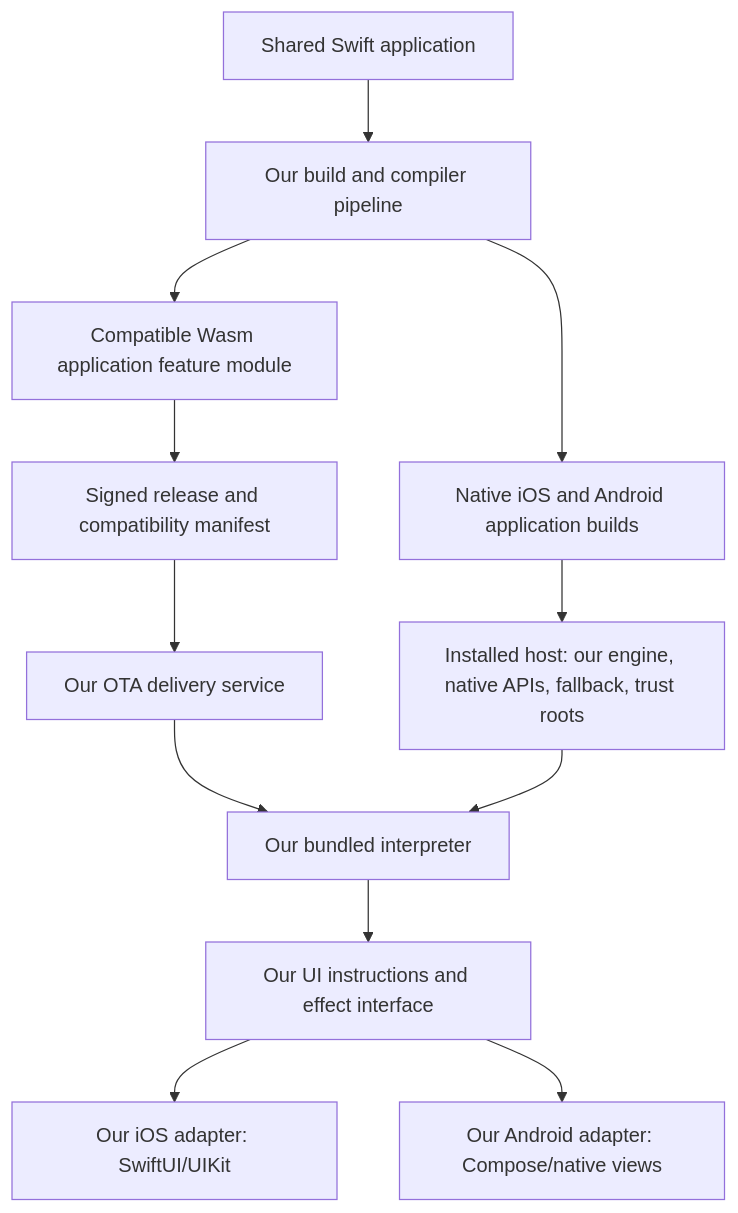
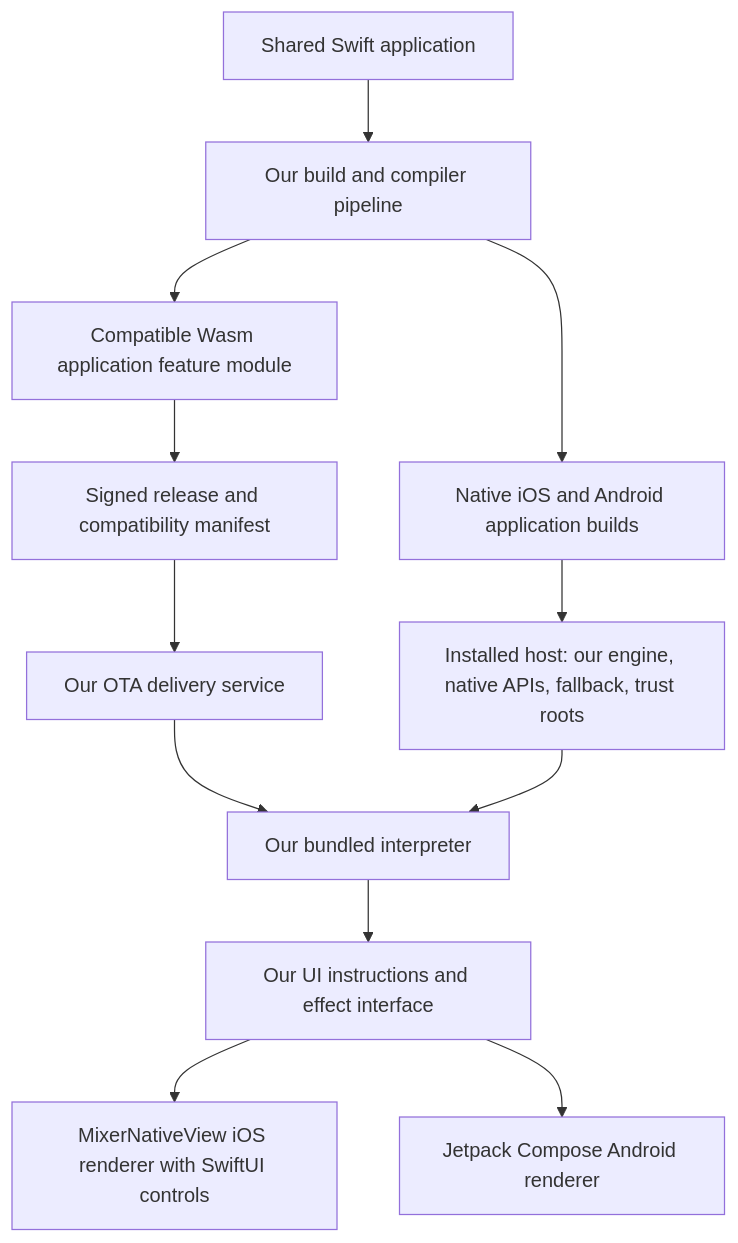
One commit to snowdamiz/mixer changed the first of 3 diagrams in mixer-product-plan.md. Above: the diagram before and after it, drawn with Mermaid. The commit also changed other lines of this file and 11 other files, not shown here.

````diff
--- a/mixer-product-plan.md
+++ b/mixer-product-plan.md
@@ -201,14 +227,14 @@
 ```mermaid
 flowchart TD
   S[Shared Swift application] --> C[Our build and compiler pipeline]
   C --> N[Native iOS and Android application builds]
   C --> W[Compatible Wasm application feature module]
   N --> H[Installed host: our engine, native APIs, fallback, trust roots]
   W --> R[Signed release and compatibility manifest]
   R --> O[Our OTA delivery service]
   O --> V[Our bundled interpreter]
   H --> V
   V --> U[Our UI instructions and effect interface]
-  U --> I[Our iOS adapter: SwiftUI/UIKit]
-  U --> A[Our Android adapter: Compose/native views]
+  U --> I[MixerNativeView iOS renderer with SwiftUI controls]
+  U --> A[Jetpack Compose Android renderer]
 ```
````
